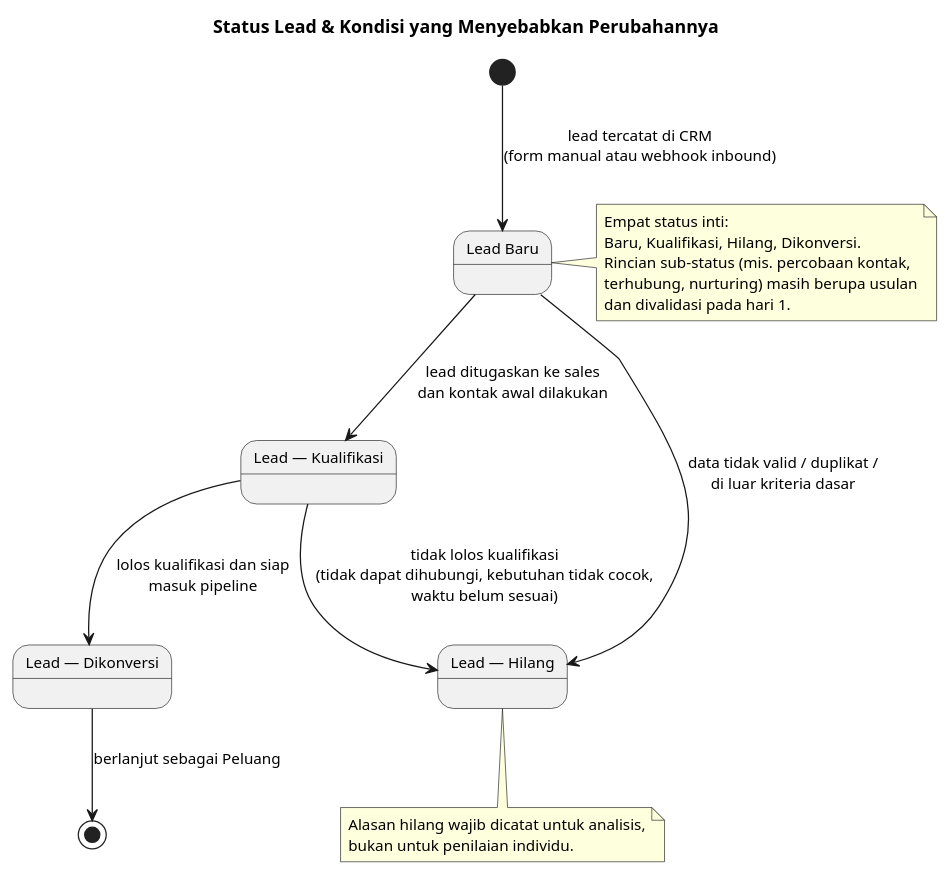
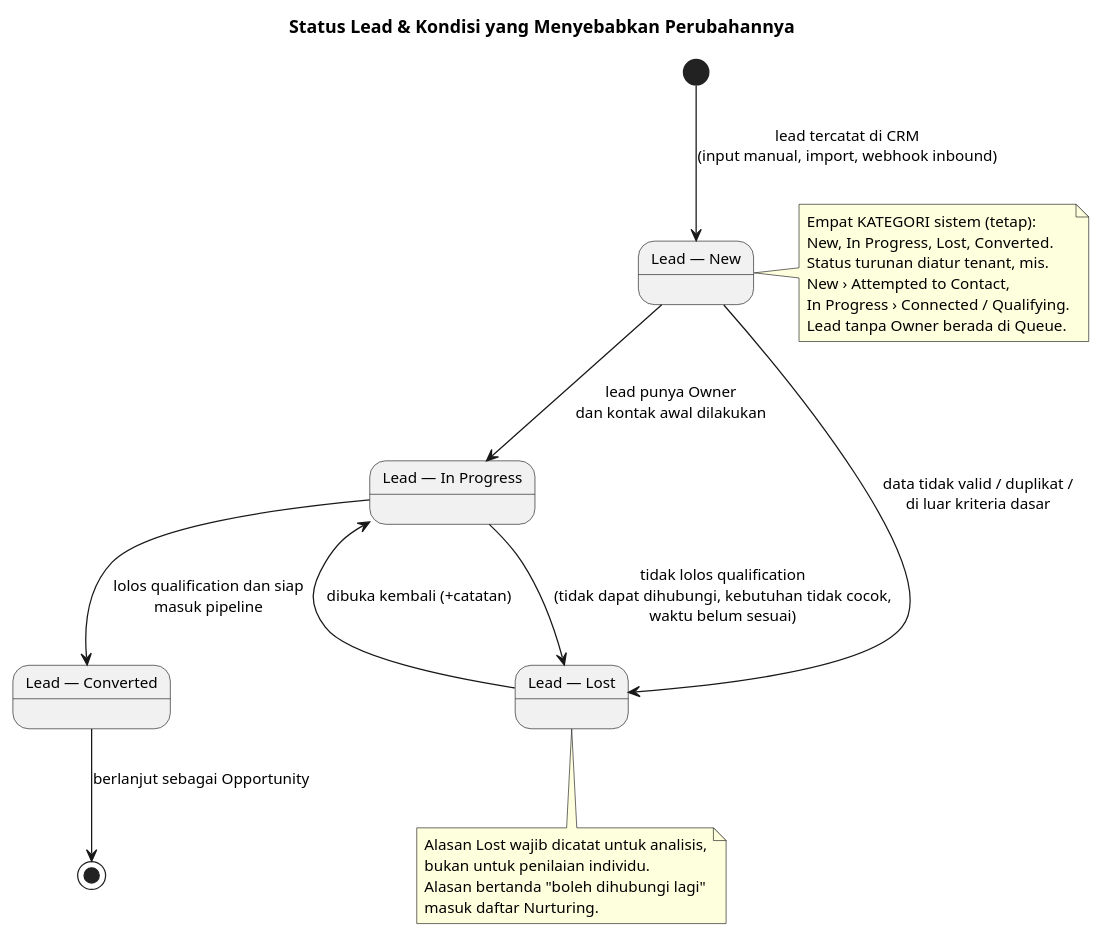
Before and after one commit to yudha-tlab/ai-os-knowledge: the diagram in knowledge/projects/bootcamp-crm/requirements/brd/diagrams/12-status-lead.puml, drawn with PlantUML. The commit also changed 34 other files, not shown here.

First line of the commit message:
docs(bootcamp-crm): CR-20261013-001 — Activity mandatory minimal, konfigurasi tenant, penugasan lead; BRD v5.3 + spesifikasi v1.3

```diff
--- a/knowledge/projects/bootcamp-crm/requirements/brd/diagrams/12-status-lead.puml
+++ b/knowledge/projects/bootcamp-crm/requirements/brd/diagrams/12-status-lead.puml
@@ -1,32 +1,36 @@
 @startuml
 title Status Lead & Kondisi yang Menyebabkan Perubahannya
 
 skinparam shadowing false
 skinparam defaultFontSize 12
 
-state "Lead Baru" as Baru
-state "Lead — Kualifikasi" as Kual
-state "Lead — Hilang" as Hilang
-state "Lead — Dikonversi" as Konv
+state "Lead — New" as New
+state "Lead — In Progress" as Prog
+state "Lead — Lost" as Lost
+state "Lead — Converted" as Conv
 
-[*] --> Baru : lead tercatat di CRM\n(form manual atau webhook inbound)
+[*] --> New : lead tercatat di CRM\n(input manual, import, webhook inbound)
 
-Baru --> Kual : lead ditugaskan ke sales\ndan kontak awal dilakukan
-Baru --> Hilang : data tidak valid / duplikat /\ndi luar kriteria dasar
-Kual --> Hilang : tidak lolos kualifikasi\n(tidak dapat dihubungi, kebutuhan tidak cocok,\nwaktu belum sesuai)
-Kual --> Konv : lolos kualifikasi dan siap\nmasuk pipeline
-Konv --> [*] : berlanjut sebagai Peluang
+New --> Prog : lead punya Owner\ndan kontak awal dilakukan
+New --> Lost : data tidak valid / duplikat /\ndi luar kriteria dasar
+Prog --> Lost : tidak lolos qualification\n(tidak dapat dihubungi, kebutuhan tidak cocok,\nwaktu belum sesuai)
+Prog --> Conv : lolos qualification dan siap\nmasuk pipeline
+Lost --> Prog : dibuka kembali (+catatan)
+Conv --> [*] : berlanjut sebagai Opportunity
 
-note right of Baru
-  Empat status inti:
-  Baru, Kualifikasi, Hilang, Dikonversi.
-  Rincian sub-status (mis. percobaan kontak,
-  terhubung, nurturing) masih berupa usulan
-  dan divalidasi pada hari 1.
+note right of New
+  Empat KATEGORI sistem (tetap):
+  New, In Progress, Lost, Converted.
+  Status turunan diatur tenant, mis.
+  New › Attempted to Contact,
+  In Progress › Connected / Qualifying.
+  Lead tanpa Owner berada di Queue.
 end note
 
-note bottom of Hilang
-  Alasan hilang wajib dicatat untuk analisis,
+note bottom of Lost
+  Alasan Lost wajib dicatat untuk analisis,
   bukan untuk penilaian individu.
+  Alasan bertanda "boleh dihubungi lagi"
+  masuk daftar Nurturing.
 end note
 @enduml
```
